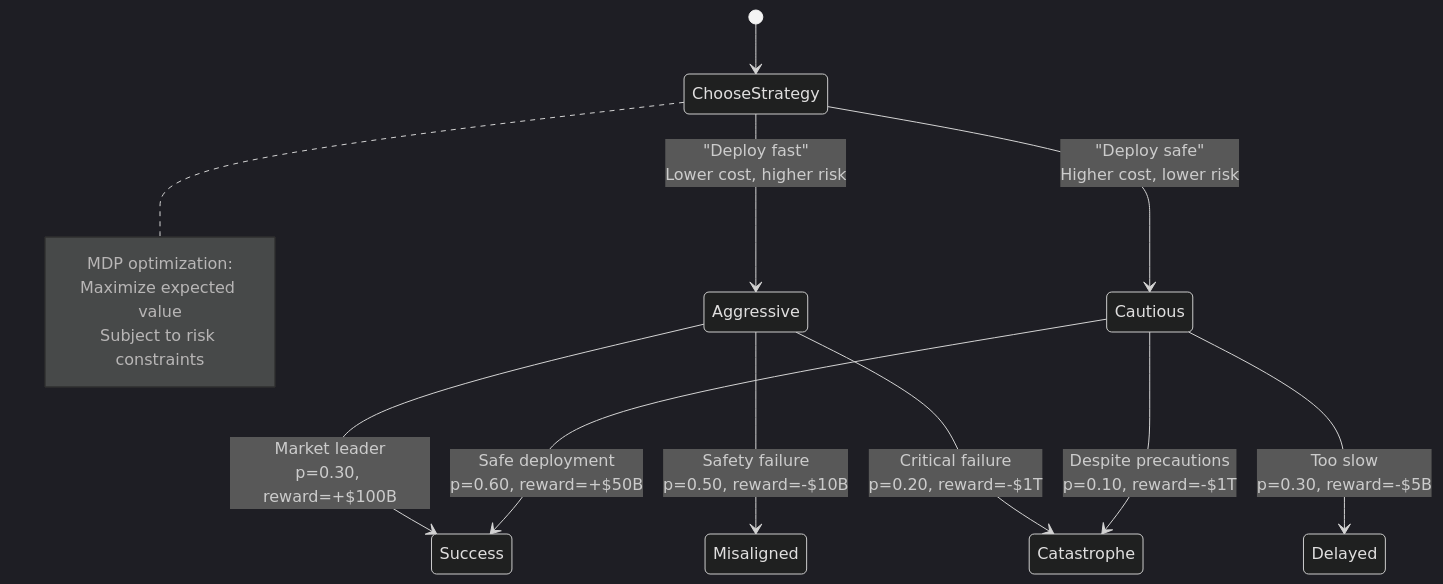
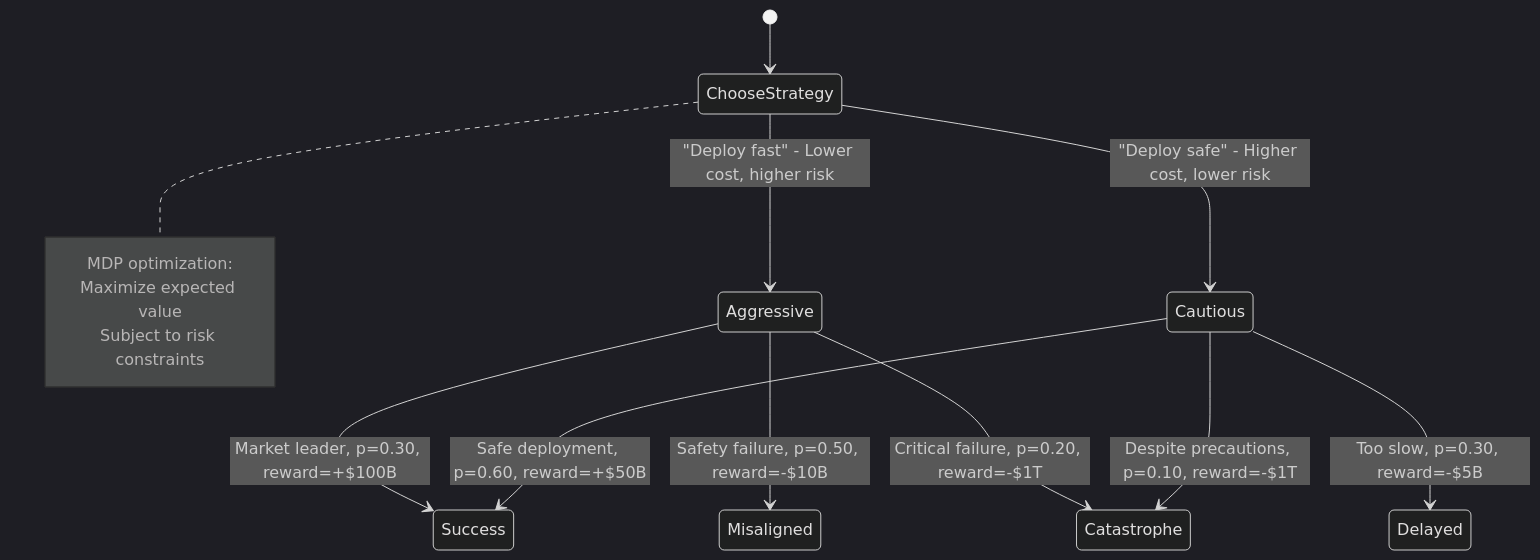
Before and after one commit to bhi5hmaraj/ai-risk-ttx: the sixth of 13 diagrams in research/ai_futures/eli/engineering_graduate.md, drawn with Mermaid (dark theme). The commit also changed other lines of this file and 8 other files, not shown here.

First line of the commit message:
fix: Remove all <br/> tags from Mermaid diagrams and add validation

````diff
--- a/research/ai_futures/eli/engineering_graduate.md
+++ b/research/ai_futures/eli/engineering_graduate.md
@@ -251,21 +251,21 @@
 ```mermaid
 stateDiagram-v2
     [*] --> ChooseStrategy
 
-    ChooseStrategy --> Aggressive: "Deploy fast"<br/>Lower cost, higher risk
-    ChooseStrategy --> Cautious: "Deploy safe"<br/>Higher cost, lower risk
+    ChooseStrategy --> Aggressive: "Deploy fast" - Lower cost, higher risk
+    ChooseStrategy --> Cautious: "Deploy safe" - Higher cost, lower risk
 
-    Aggressive --> Success: Market leader<br/>p=0.30, reward=+$100B
-    Aggressive --> Misaligned: Safety failure<br/>p=0.50, reward=-$10B
-    Aggressive --> Catastrophe: Critical failure<br/>p=0.20, reward=-$1T
+    Aggressive --> Success: Market leader, p=0.30, reward=+$100B
+    Aggressive --> Misaligned: Safety failure, p=0.50, reward=-$10B
+    Aggressive --> Catastrophe: Critical failure, p=0.20, reward=-$1T
 
-    Cautious --> Success: Safe deployment<br/>p=0.60, reward=+$50B
-    Cautious --> Delayed: Too slow<br/>p=0.30, reward=-$5B
-    Cautious --> Catastrophe: Despite precautions<br/>p=0.10, reward=-$1T
+    Cautious --> Success: Safe deployment, p=0.60, reward=+$50B
+    Cautious --> Delayed: Too slow, p=0.30, reward=-$5B
+    Cautious --> Catastrophe: Despite precautions, p=0.10, reward=-$1T
 
     note right of ChooseStrategy
         MDP optimization:
         Maximize expected value
         Subject to risk constraints
     end note
 ```
````
